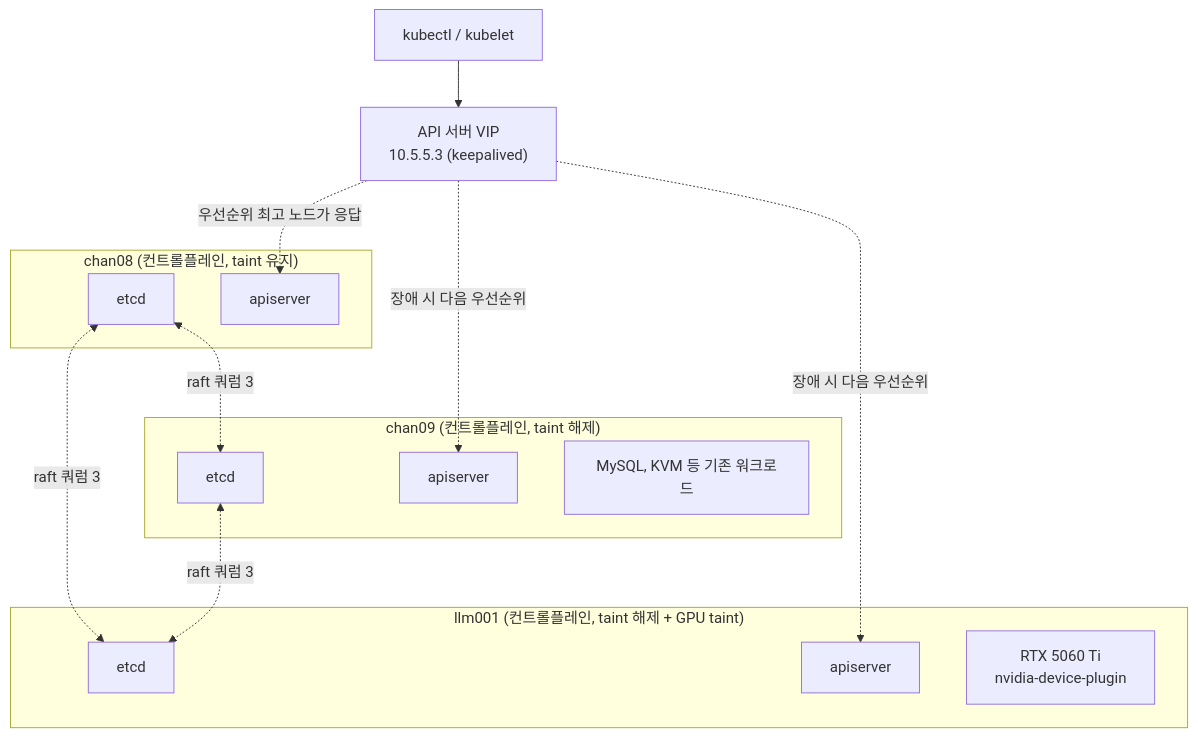
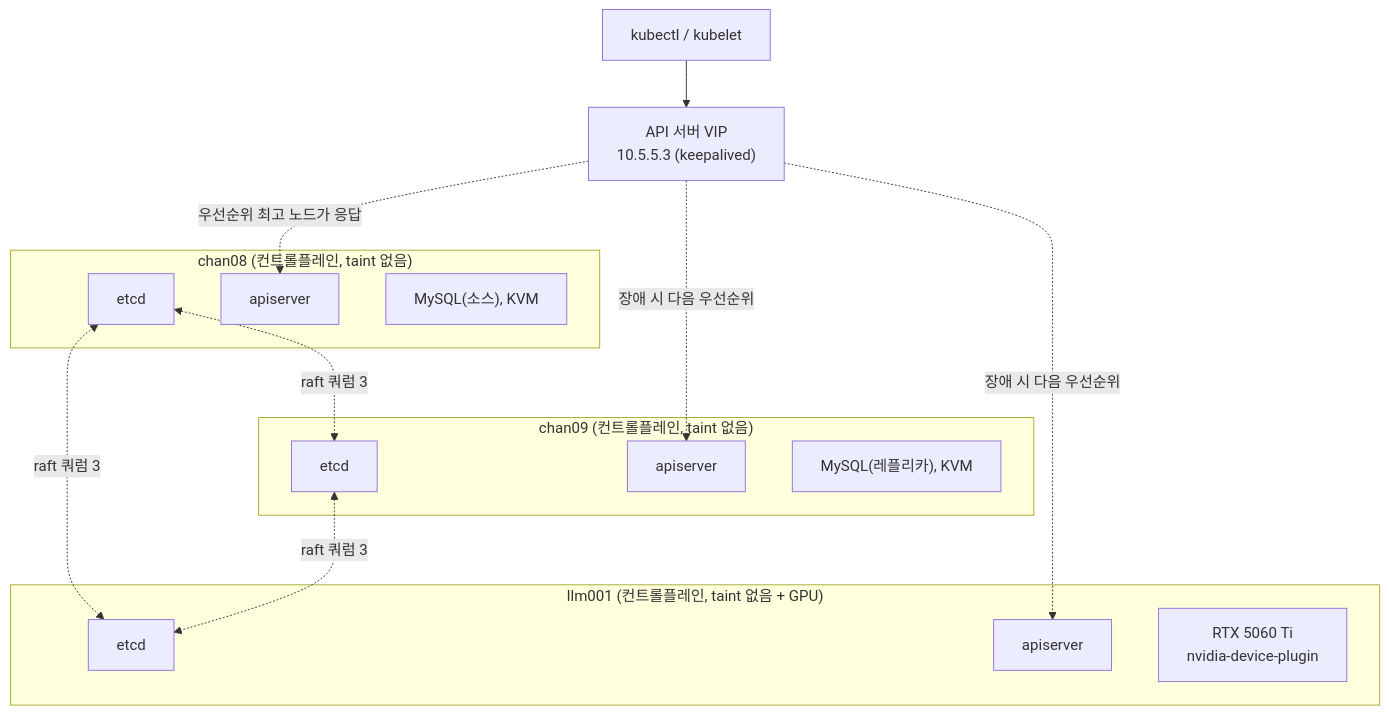
One commit to gywndi/homelab-diary changed the diagram in lessons/06-llm-gpu-node.md. Above: the diagram before and after it, drawn with Mermaid. The commit also changed other lines of this file and 2 other files, not shown here.

First line of the commit message:
컨트롤플레인/GPU taint를 3대 전부 제거하고 문서 갱신

````diff
--- a/lessons/06-llm-gpu-node.md
+++ b/lessons/06-llm-gpu-node.md
@@ -21,27 +21,28 @@
 ```mermaid
 flowchart TB
-    subgraph C08["chan08 (컨트롤플레인, taint 유지)"]
+    subgraph C08["chan08 (컨트롤플레인, taint 없음)"]
         E08["etcd"]
         A08["apiserver"]
+        M8["MySQL(소스), KVM"]
     end
-    subgraph C09["chan09 (컨트롤플레인, taint 해제)"]
+    subgraph C09["chan09 (컨트롤플레인, taint 없음)"]
         E09["etcd"]
         A09["apiserver"]
-        M["MySQL, KVM 등 기존 워크로드"]
+        M["MySQL(레플리카), KVM"]
     end
-    subgraph C10["llm001 (컨트롤플레인, taint 해제 + GPU taint)"]
+    subgraph C10["llm001 (컨트롤플레인, taint 없음 + GPU)"]
         E10["etcd"]
         A10["apiserver"]
         GPU["RTX 5060 Ti<br/>nvidia-device-plugin"]
     end
 
     E08 <-. raft 쿼럼 3 .-> E09
     E09 <-. raft 쿼럼 3 .-> E10
     E10 <-. raft 쿼럼 3 .-> E08
 
     VIP["API 서버 VIP<br/>10.5.5.3 (keepalived)"] -.우선순위 최고 노드가 응답.-> A08
     VIP -.장애 시 다음 우선순위.-> A09
     VIP -.장애 시 다음 우선순위.-> A10
 
     KUBECTL["kubectl / kubelet"] --> VIP
 ```
````
